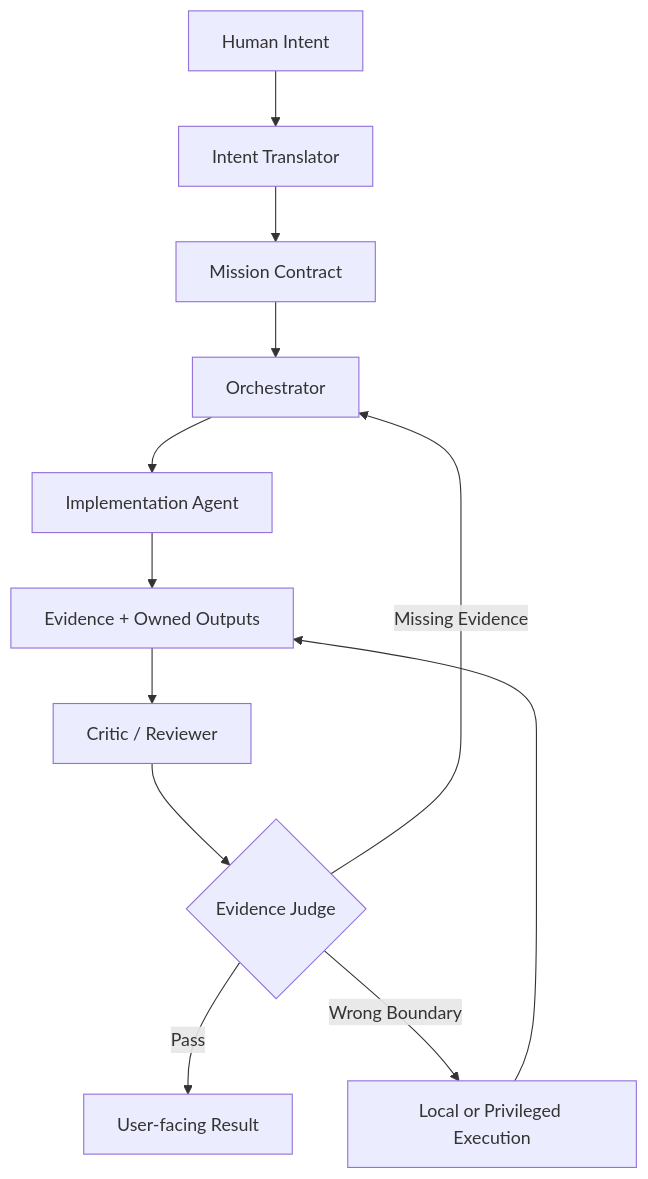
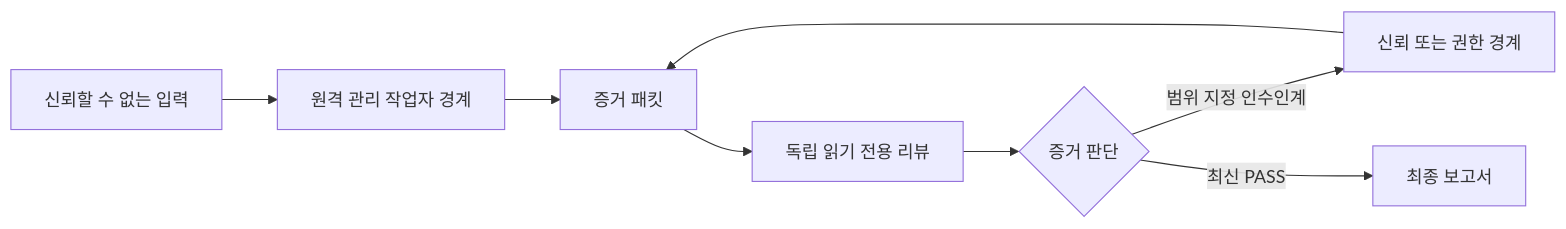
The first of 2 diagrams in README.ko.md (KzeroM/evidence-gated-multi-agent-operations), drawn with Mermaid before and after one commit. The commit also changed other lines of this file and 41 other files, not shown here.

````diff
--- a/README.ko.md
+++ b/README.ko.md
@@ -109,14 +18,10 @@
 ```mermaid
-flowchart TD
-    A[Human Intent] --> B[Intent Translator]
-    B --> C[Mission Contract]
-    C --> D[Orchestrator]
-    D --> E[Implementation Agent]
-    E --> F[Evidence + Owned Outputs]
-    F --> G[Critic / Reviewer]
-    G --> H{Evidence Judge}
-    H -->|Pass| I[User-facing Result]
-    H -->|Missing Evidence| D
-    H -->|Wrong Boundary| J[Local or Privileged Execution]
-    J --> F
+flowchart LR
+    A[신뢰할 수 없는 입력] --> B[원격 관리 작업자 경계]
+    B --> C[증거 패킷]
+    C --> D[독립 읽기 전용 리뷰]
+    D --> E{증거 판단}
+    E -->|범위 지정 인수인계| F[신뢰 또는 권한 경계]
+    F --> C
+    E -->|최신 PASS| G[최종 보고서]
 ```
````
